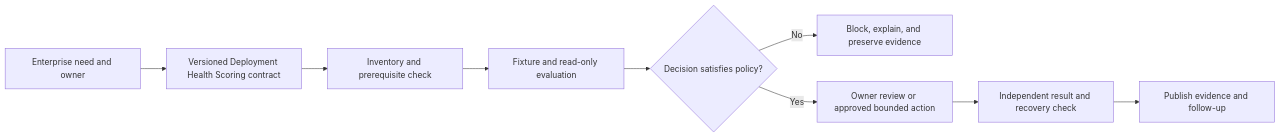
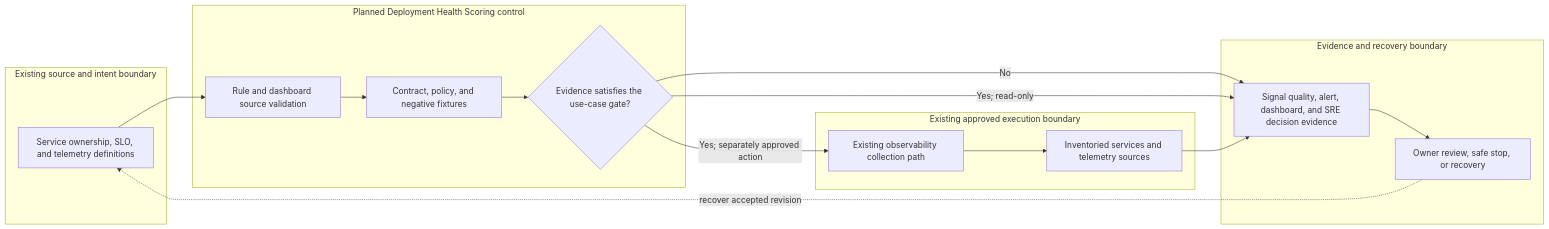
One commit to MIDHTECH/enterprise-architecture-docs changed the diagram in docs/use-cases/observability/UC-OBS-008-deployment-health-scoring.md. Above: the diagram before and after it, drawn with Mermaid. The commit also changed other lines of this file and 227 other files, not shown here.

Commit message:
Deepen architecture for all use case designs

````diff
--- a/docs/use-cases/observability/UC-OBS-008-deployment-health-scoring.md
+++ b/docs/use-cases/observability/UC-OBS-008-deployment-health-scoring.md
@@ -136,11 +129,25 @@
 ```mermaid
 flowchart LR
-    Need["Enterprise need and owner"] --> Contract["Versioned Deployment Health Scoring contract"]
-    Contract --> Preflight["Inventory and prerequisite check"]
-    Preflight --> Evaluate["Fixture and read-only evaluation"]
-    Evaluate --> Decision{"Decision satisfies policy?"}
-    Decision -->|No| Stop["Block, explain, and preserve evidence"]
-    Decision -->|Yes| Review["Owner review or approved bounded action"]
-    Review --> Verify["Independent result and recovery check"]
-    Verify --> Publish["Publish evidence and follow-up"]
+    subgraph Source["Existing source and intent boundary"]
+        A["Service ownership, SLO, and telemetry definitions"]
+    end
+    subgraph Planned["Planned Deployment Health Scoring control"]
+        B["Rule and dashboard source validation"]
+        C["Contract, policy, and negative fixtures"]
+        D{"Evidence satisfies the use-case gate?"}
+    end
+    subgraph Runtime["Existing approved execution boundary"]
+        E["Existing observability collection path"]
+        F["Inventoried services and telemetry sources"]
+    end
+    subgraph Assurance["Evidence and recovery boundary"]
+        G["Signal quality, alert, dashboard, and SRE decision evidence"]
+        H["Owner review, safe stop, or recovery"]
+    end
+
+    A --> B --> C --> D
+    D -->|No| G --> H
+    D -->|Yes; read-only| G
+    D -->|Yes; separately approved action| E --> F --> G
+    H -. recover accepted revision .-> A
 ```
````
